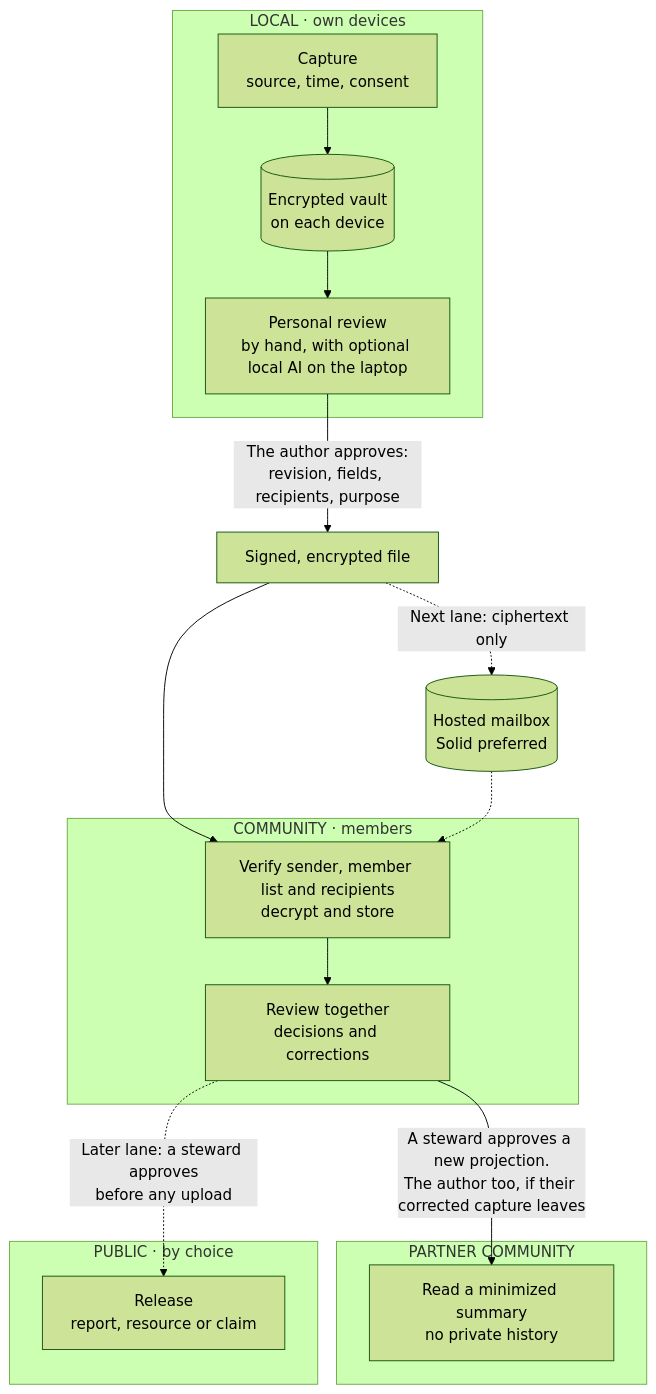
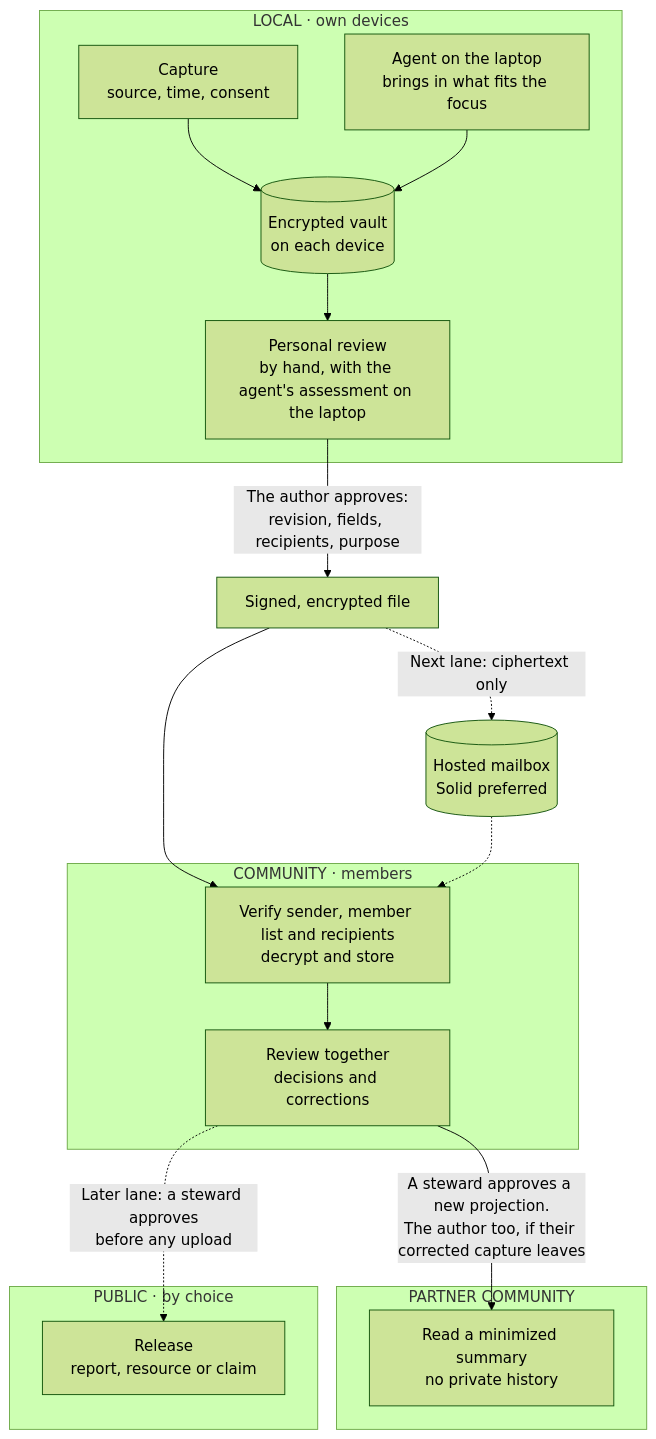
The first of 14 diagrams in .plans/ideas/grove/architecture-flows.md (greenpill-dev-guild/green-goods), drawn with Mermaid (forest theme) before and after one commit. The commit also changed other lines of this file and 11 other files, not shown here.

First line of the commit message:
docs(plans): record what the Grove agent does

````diff
--- a/.plans/ideas/grove/architecture-flows.md
+++ b/.plans/ideas/grove/architecture-flows.md
@@ -7,22 +7,23 @@
 ```mermaid
 flowchart TB
   subgraph LOCAL["LOCAL · own devices"]
     Cap["Capture<br/>source, time, consent"] --> Vault[("Encrypted vault<br/>on each device")]
-    Vault --> PRev["Personal review<br/>by hand, with optional local AI on the laptop"]
+    Agent["Agent on the laptop<br/>brings in what fits the focus"] --> Vault
+    Vault --> PRev["Personal review<br/>by hand, with the agent's assessment on the laptop"]
   end
   subgraph COMMUNITY["COMMUNITY · members"]
     Recv["Verify sender, member list and recipients<br/>decrypt and store"] --> CRev["Review together<br/>decisions and corrections"]
   end
   subgraph PARTNER["PARTNER COMMUNITY"]
     PSum["Read a minimized summary<br/>no private history"]
   end
   subgraph PUBLIC["PUBLIC · by choice"]
     Rel["Release<br/>report, resource or claim"]
   end
   PRev -->|"The author approves:<br/>revision, fields, recipients, purpose"| File["Signed, encrypted file"]
   File --> Recv
   File -.->|"Next lane: ciphertext only"| Box[("Hosted mailbox<br/>Solid preferred")]
   Box -.-> Recv
   CRev -->|"A steward approves a new projection.<br/>The author too, if their corrected capture leaves"| PSum
   CRev -.->|"Later lane: a steward approves<br/>before any upload"| Rel
 ```
````
